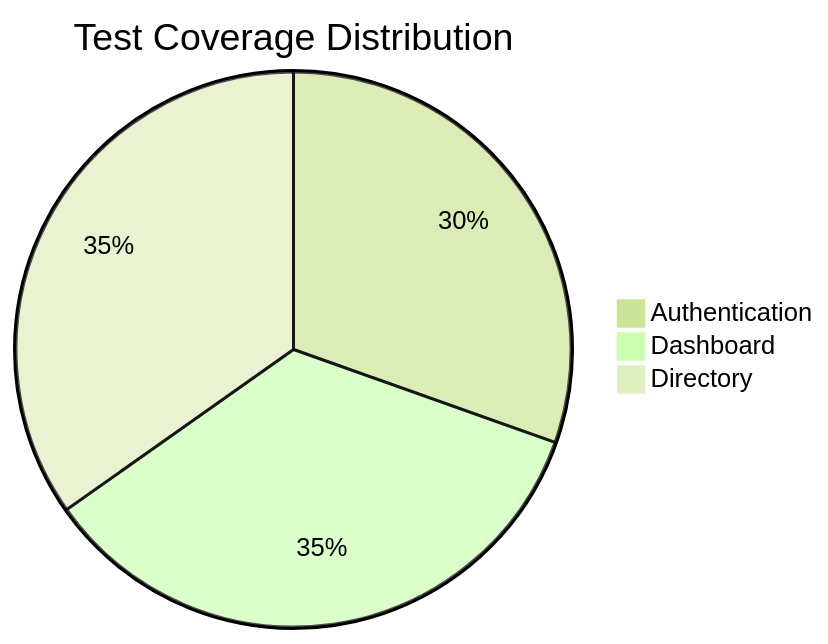
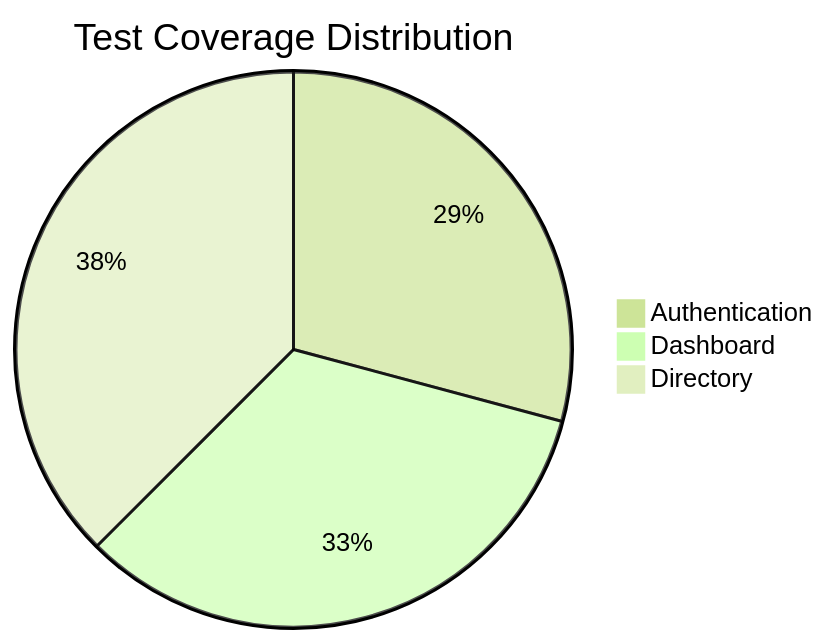
Before and after one commit to indraginanjar/ai-orangehrm-test-automation-playwright-aider: the diagram in README.md, drawn with Mermaid (forest theme). The commit also changed other lines of this file, not shown here.

````diff
--- a/README.md
+++ b/README.md
@@ -27,7 +27,7 @@
 ```mermaid
 pie
     title Test Coverage Distribution
     "Authentication" : 35
     "Dashboard" : 40
-    "Directory" : 40
+    "Directory" : 45
 ```
````
